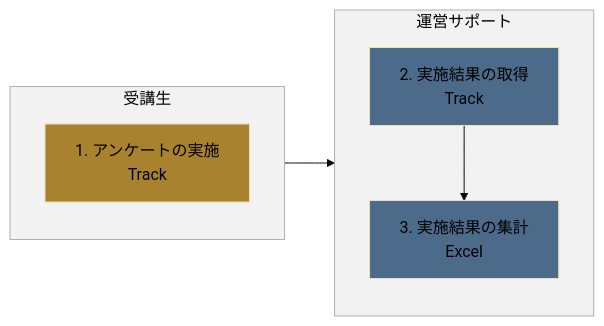
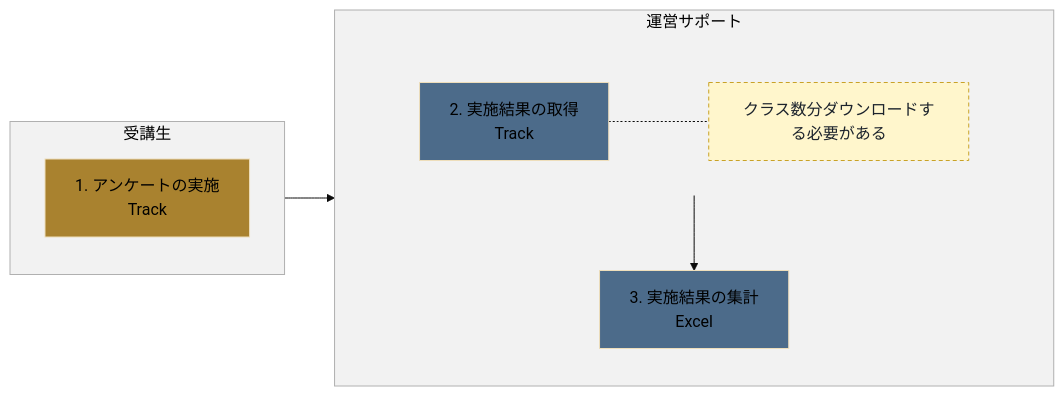
Before and after one commit to nishida2073/project_management: the first of 4 diagrams in 業務フロー図/業務フロー図（研修後：アンケート）.md, drawn with Mermaid (base theme). The commit also changed other lines of this file, not shown here.

````diff
--- a/業務フロー図/業務フロー図（研修後：アンケート）.md
+++ b/業務フロー図/業務フロー図（研修後：アンケート）.md
@@ -31,23 +31,28 @@
 ```mermaid
 flowchart LR
     subgraph G1["受講生"]
         direction TB
         N1["1. アンケートの実施<br/>Track"]:::student
     end
     subgraph G2["運営サポート"]
         direction TB
-        N2["2. 実施結果の取得<br/>Track"]:::ops
+        subgraph G2_g1[" "]
+            direction LR
+            N2["2. 実施結果の取得<br/>Track"]:::ops
+            N2 -.- M1["クラス数分ダウンロードする必要がある"]:::note
+        end
         N3["3. 実施結果の集計<br/>Excel"]:::ops
-        N2 --> N3
+        G2_g1 --> N3
     end
 
-    N1 --> N2
+    N1 --> G2_g1
 
     classDef ops fill:#4c6b8a,color:#000;
     classDef student fill:#a9822f,color:#000;
     classDef note fill:#fff6cc,stroke:#c9a227,stroke-dasharray:4 3,color:#1c232c;
     classDef lane fill:#f2f2f2,stroke:#b0b0b0,color:#000;
     classDef invisible fill:none,stroke:none;
 
     class G1,G2 lane;
+    class G2_g1 invisible;
 ```
````
